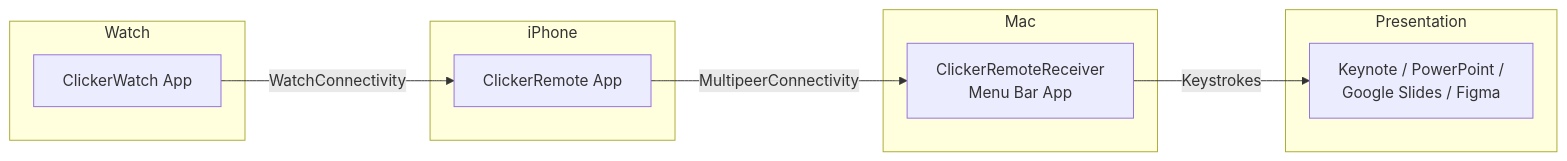
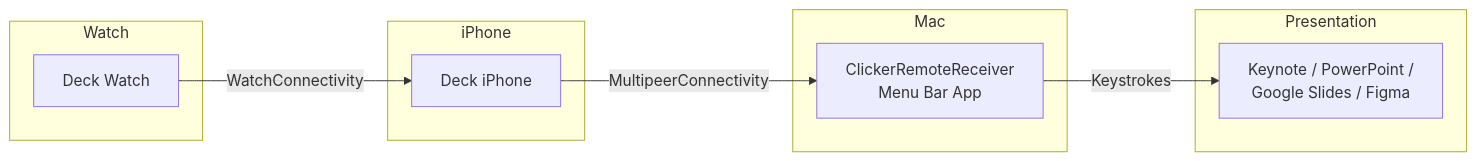
One commit to douinc/clicker changed the first of 2 diagrams in README.md. Above: the diagram before and after it, drawn with Mermaid. The commit also changed other lines of this file and 1 other file, not shown here.

First line of the commit message:
Update landing page and README to reflect Deck rename

````diff
--- a/README.md
+++ b/README.md
@@ -82,19 +82,19 @@
 ```mermaid
 graph LR
     subgraph Watch
-        W[ClickerWatch App]
+        W[Deck Watch]
     end
     subgraph iPhone
-        A[ClickerRemote App]
+        A[Deck iPhone]
     end
     subgraph Mac
         B[ClickerRemoteReceiver<br/>Menu Bar App]
     end
     subgraph Presentation
         C[Keynote / PowerPoint /<br/>Google Slides / Figma]
     end
 
     W -->|WatchConnectivity| A
     A -->|MultipeerConnectivity| B
     B -->|Keystrokes| C
 ```
````
